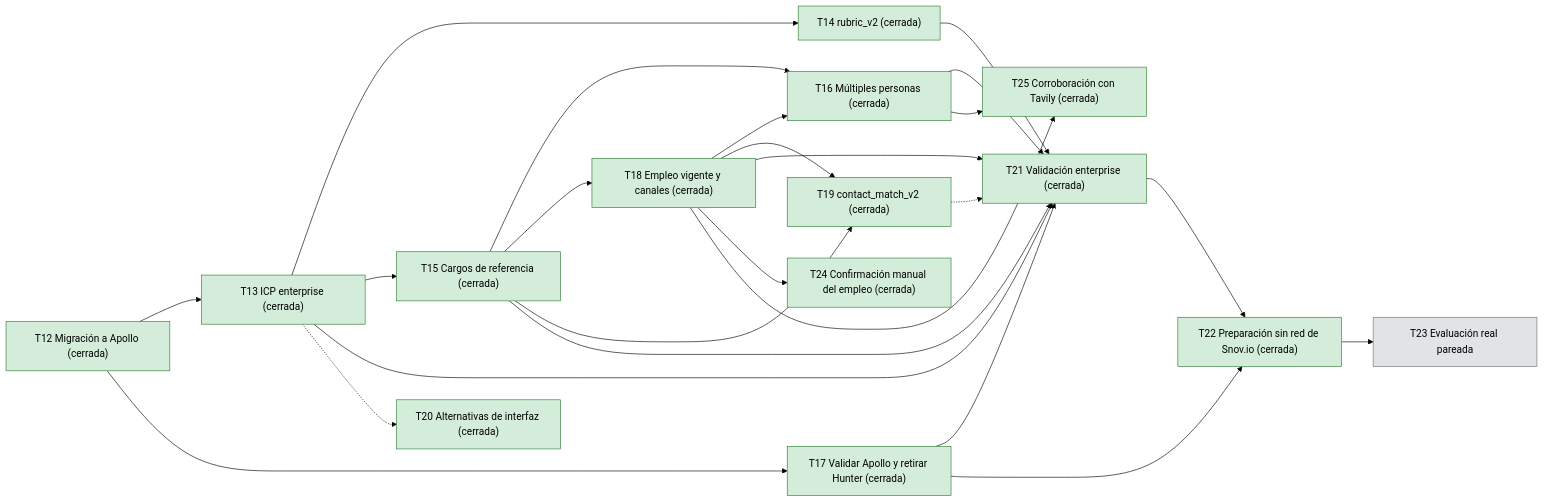
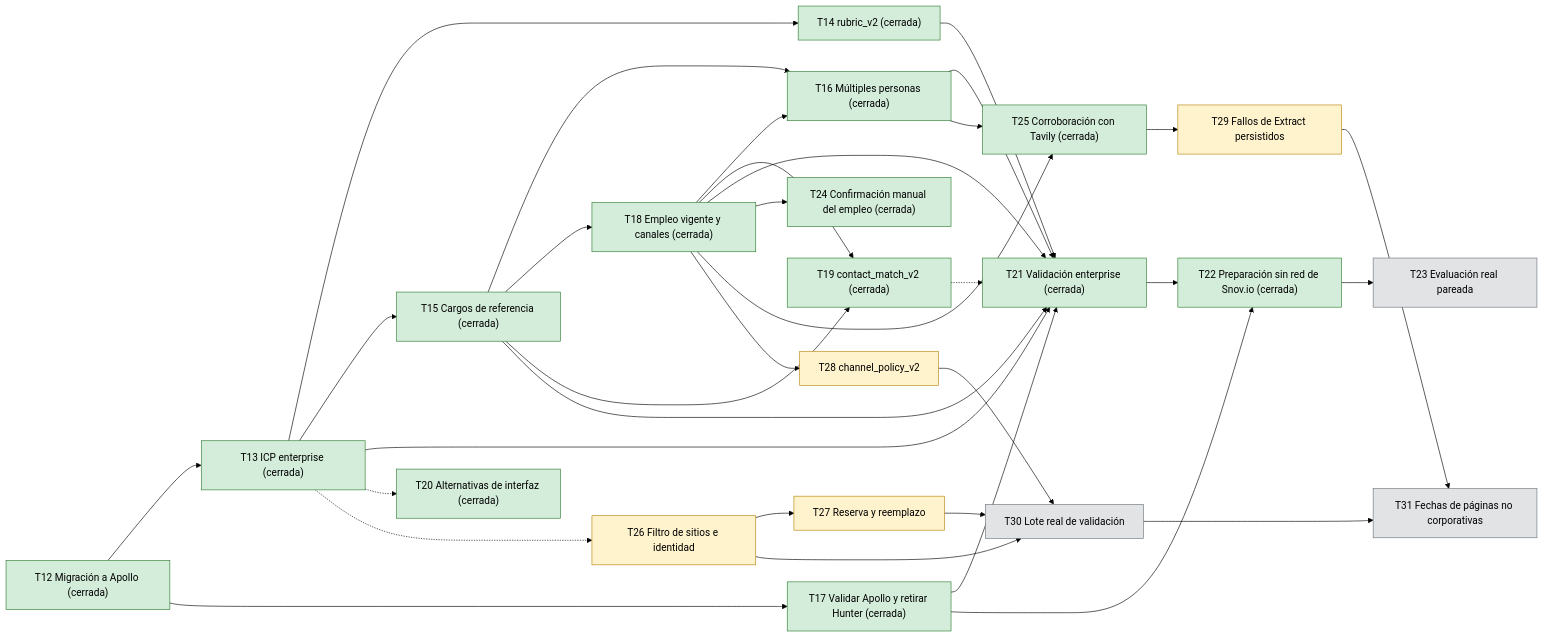
One commit to ThomasSerna/veryfi-prospecting changed the diagram in docs/Roadmap.md. Above: the diagram before and after it, drawn with Mermaid (forest theme). The commit also changed other lines of this file, not shown here.

Commit message:
docs: añadir T26 a T31 al Roadmap

````diff
--- a/docs/Roadmap.md
+++ b/docs/Roadmap.md
@@ -55,42 +67,58 @@
 ```mermaid
 flowchart LR
     T12["T12 Migración a Apollo (cerrada)"]:::closed
     T13["T13 ICP enterprise (cerrada)"]:::closed
     T14["T14 rubric_v2 (cerrada)"]:::closed
     T15["T15 Cargos de referencia (cerrada)"]:::closed
     T16["T16 Múltiples personas (cerrada)"]:::closed
     T17["T17 Validar Apollo y retirar Hunter (cerrada)"]:::closed
     T18["T18 Empleo vigente y canales (cerrada)"]:::closed
     T19["T19 contact_match_v2 (cerrada)"]:::closed
     T20["T20 Alternativas de interfaz (cerrada)"]:::closed
     T21["T21 Validación enterprise (cerrada)"]:::closed
     T22["T22 Preparación sin red de Snov.io (cerrada)"]:::closed
     T23["T23 Evaluación real pareada"]:::pending
     T24["T24 Confirmación manual del empleo (cerrada)"]:::closed
     T25["T25 Corroboración con Tavily (cerrada)"]:::closed
+    T26["T26 Filtro de sitios e identidad"]:::open
+    T27["T27 Reserva y reemplazo"]:::open
+    T28["T28 channel_policy_v2"]:::open
+    T29["T29 Fallos de Extract persistidos"]:::open
+    T30["T30 Lote real de validación"]:::pending
+    T31["T31 Fechas de páginas no corporativas"]:::pending
     T12 --> T13
     T12 --> T17
     T13 --> T14
     T13 --> T15
     T15 --> T16
     T15 --> T18
     T15 --> T19
     T18 --> T16
     T18 --> T19
     T13 --> T21
     T14 --> T21
     T15 --> T21
     T16 --> T21
     T17 --> T21
     T18 --> T21
     T21 --> T22
     T17 --> T22
     T22 --> T23
     T13 -.-> T20
     T19 -.-> T21
     T18 --> T24
     T18 --> T25
     T16 --> T25
+    T13 -.-> T26
+    T26 --> T27
+    T18 --> T28
+    T25 --> T29
+    T26 --> T30
+    T27 --> T30
+    T28 --> T30
+    T29 --> T31
+    T30 --> T31
     classDef closed fill:#d4edda,stroke:#2e7d32
+    classDef open fill:#fff3cd,stroke:#b8860b
     classDef pending fill:#e2e3e5,stroke:#6c757d
 ```
````
